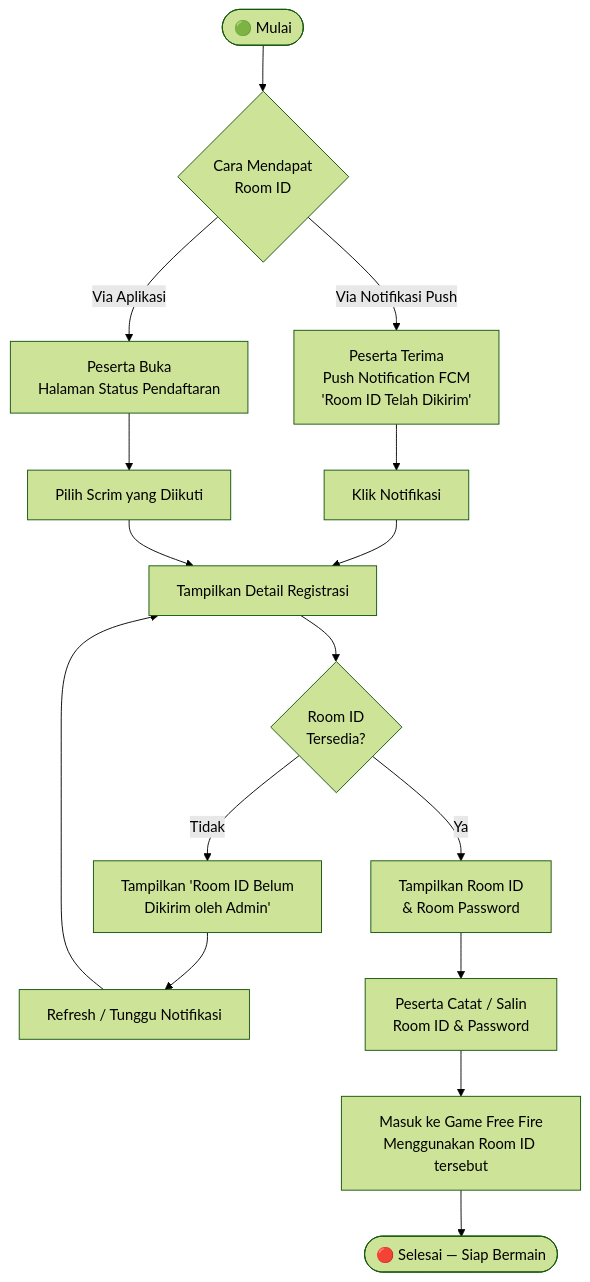
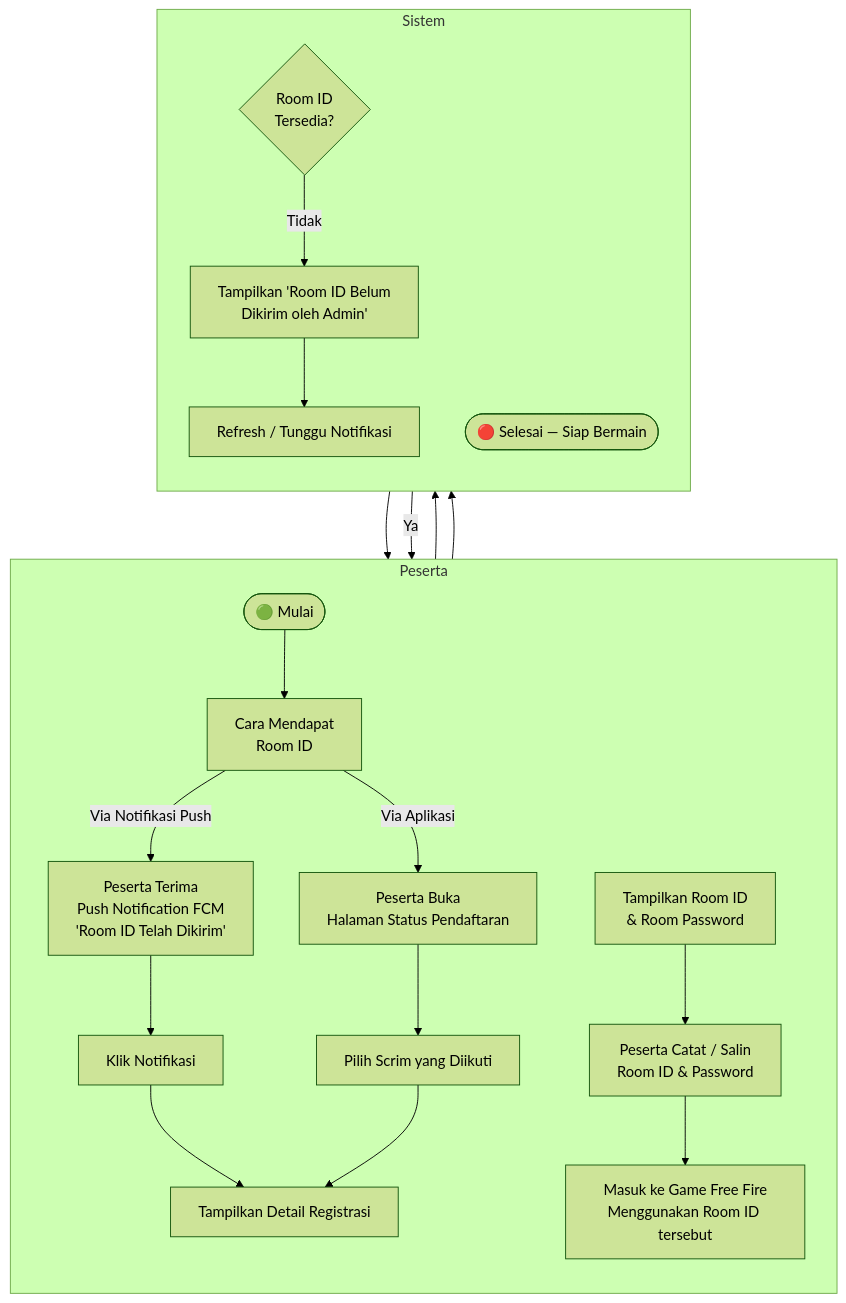
Before and after one commit to yosima050/booyahhub: the ninth of 43 diagrams in DOKUMENTASI.md, drawn with Mermaid (forest theme). The commit also changed other lines of this file, not shown here.

Commit message:
docs: rename Platform Owner role to Platform and refactor Mermaid flowcharts in documentation

````diff
--- a/DOKUMENTASI.md
+++ b/DOKUMENTASI.md
@@ -412,17 +464,24 @@
 ```mermaid
 flowchart TD
-    A([🟢 Mulai]) --> B{Cara Mendapat\nRoom ID}
-    B -->|Via Notifikasi Push| C[Peserta Terima\nPush Notification FCM\n'Room ID Telah Dikirim']
-    B -->|Via Aplikasi| D[Peserta Buka\nHalaman Status Pendaftaran]
-    C --> E[Klik Notifikasi]
-    D --> F[Pilih Scrim yang Diikuti]
-    E & F --> G[Tampilkan Detail Registrasi]
-    G --> H{Room ID\nTersedia?}
-    H -->|Tidak| I[Tampilkan 'Room ID Belum\nDikirim oleh Admin']
-    I --> J[Refresh / Tunggu Notifikasi]
-    J --> G
-    H -->|Ya| K[Tampilkan Room ID\n& Room Password]
-    K --> L[Peserta Catat / Salin\nRoom ID & Password]
-    L --> M[Masuk ke Game Free Fire\nMenggunakan Room ID tersebut]
-    M --> N([🔴 Selesai — Siap Bermain])
+    subgraph Peserta
+        direction TB
+        A([🟢 Mulai]) --> B[Cara Mendapat<br/>Room ID]
+        B -->|Via Notifikasi Push| C[Peserta Terima<br/>Push Notification FCM<br/>'Room ID Telah Dikirim']
+        B -->|Via Aplikasi| D[Peserta Buka<br/>Halaman Status Pendaftaran]
+        C --> E[Klik Notifikasi]
+        D --> F[Pilih Scrim yang Diikuti]
+        E & F --> G
+        K --> L[Peserta Catat / Salin<br/>Room ID & Password]
+        L --> M[Masuk ke Game Free Fire<br/>Menggunakan Room ID tersebut]
+    end
+
+    subgraph Sistem
+        direction TB
+        G[Tampilkan Detail Registrasi] --> H{Room ID<br/>Tersedia?}
+        H -->|Tidak| I[Tampilkan 'Room ID Belum<br/>Dikirim oleh Admin']
+        I --> J[Refresh / Tunggu Notifikasi]
+        J --> G
+        H -->|Ya| K[Tampilkan Room ID<br/>& Room Password]
+        M --> N([🔴 Selesai — Siap Bermain])
+    end
 ```
````
